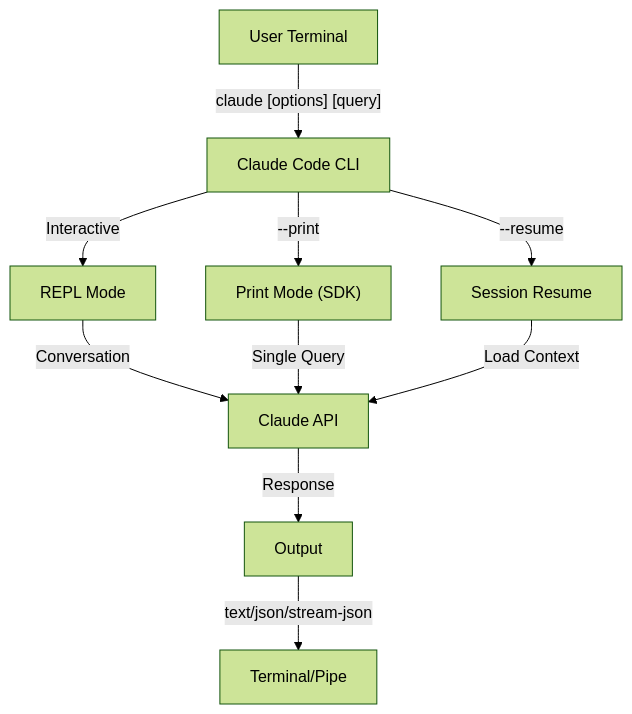
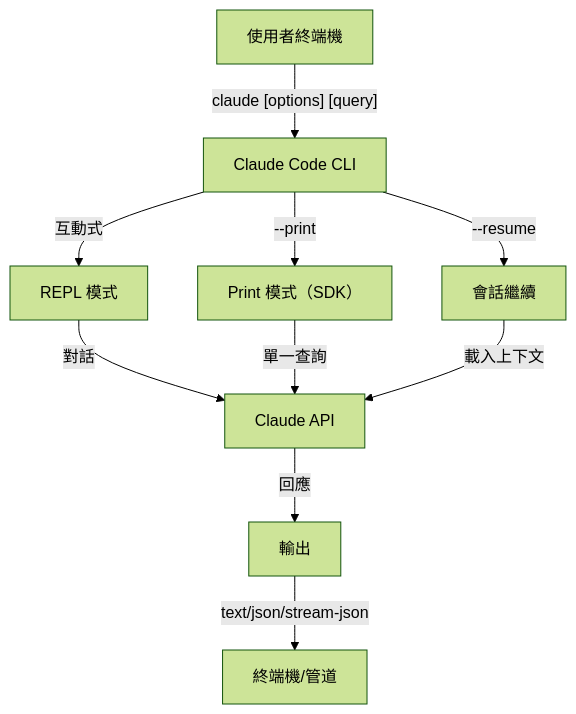
Before and after one commit to huckly/claude-howto-zh-tw: the first of 2 diagrams in 10-cli/README.md, drawn with Mermaid (forest theme). The commit also changed other lines of this file and 12 other files, not shown here.

````diff
--- a/10-cli/README.md
+++ b/10-cli/README.md
@@ -18,12 +14,12 @@
 ```mermaid
 graph TD
-    A["User Terminal"] -->|"claude [options] [query]"| B["Claude Code CLI"]
-    B -->|Interactive| C["REPL Mode"]
-    B -->|"--print"| D["Print Mode (SDK)"]
-    B -->|"--resume"| E["Session Resume"]
-    C -->|Conversation| F["Claude API"]
-    D -->|Single Query| F
-    E -->|Load Context| F
-    F -->|Response| G["Output"]
-    G -->|text/json/stream-json| H["Terminal/Pipe"]
+    A["使用者終端機"] -->|"claude [options] [query]"| B["Claude Code CLI"]
+    B -->|互動式| C["REPL 模式"]
+    B -->|"--print"| D["Print 模式（SDK）"]
+    B -->|"--resume"| E["會話繼續"]
+    C -->|對話| F["Claude API"]
+    D -->|單一查詢| F
+    E -->|載入上下文| F
+    F -->|回應| G["輸出"]
+    G -->|text/json/stream-json| H["終端機/管道"]
 ```
````
